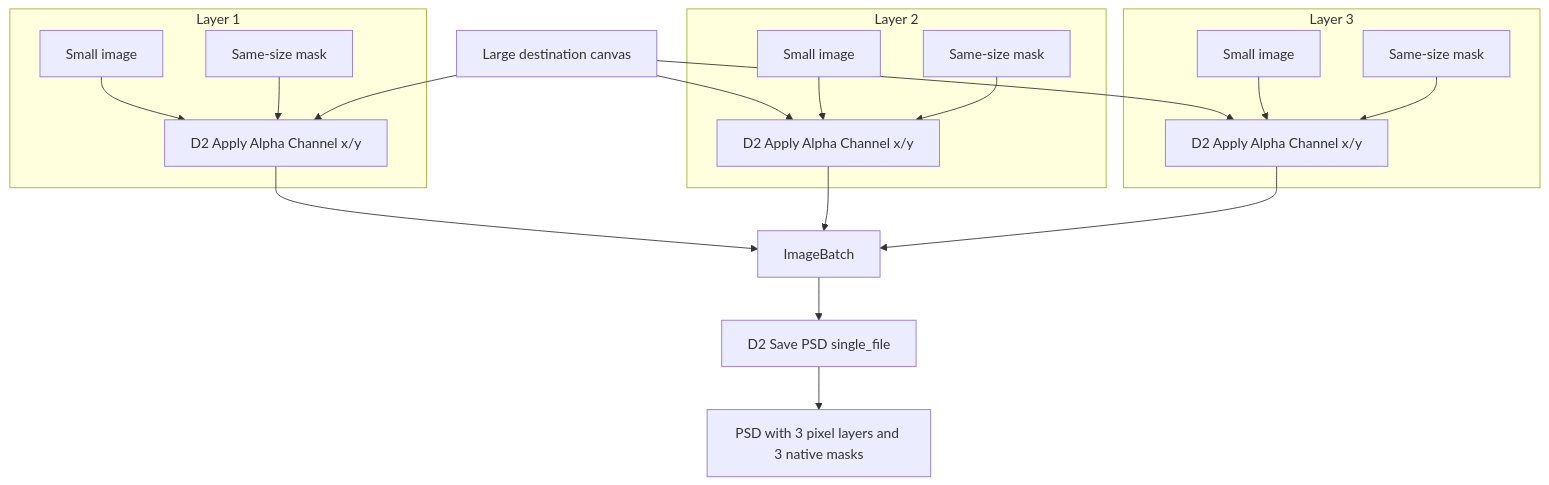
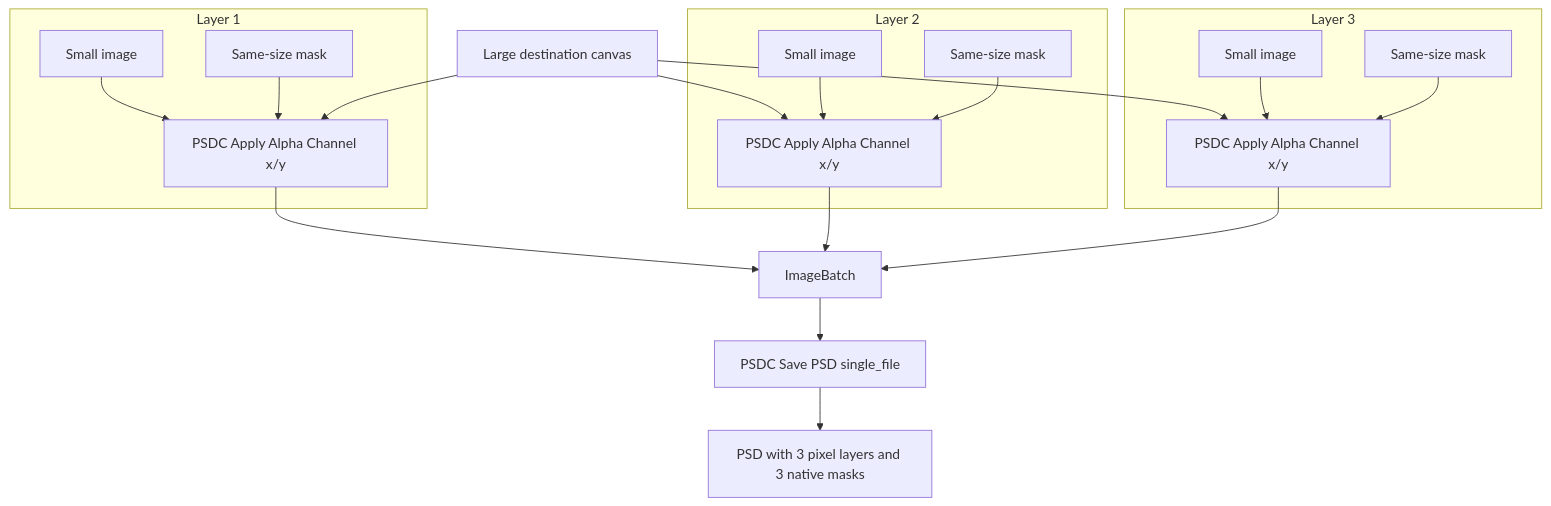
One commit to glaseagle/PSDC changed the third of 3 diagrams in README_en.md. Above: the diagram before and after it, drawn with Mermaid. The commit also changed other lines of this file and 5 other files, not shown here.

````diff
--- a/README_en.md
+++ b/README_en.md
@@ -174,23 +177,23 @@
 ```mermaid
 flowchart TB
     subgraph L1["Layer 1"]
-        I1["Small image"] --> A1["D2 Apply Alpha Channel x/y"]
+        I1["Small image"] --> A1["PSDC Apply Alpha Channel x/y"]
         M1["Same-size mask"] --> A1
     end
     subgraph L2["Layer 2"]
-        I2["Small image"] --> A2["D2 Apply Alpha Channel x/y"]
+        I2["Small image"] --> A2["PSDC Apply Alpha Channel x/y"]
         M2["Same-size mask"] --> A2
     end
     subgraph L3["Layer 3"]
-        I3["Small image"] --> A3["D2 Apply Alpha Channel x/y"]
+        I3["Small image"] --> A3["PSDC Apply Alpha Channel x/y"]
         M3["Same-size mask"] --> A3
     end
     C["Large destination canvas"] --> A1
     C --> A2
     C --> A3
     A1 --> B["ImageBatch"]
     A2 --> B
     A3 --> B
-    B --> S["D2 Save PSD single_file"]
+    B --> S["PSDC Save PSD single_file"]
     S --> P["PSD with 3 pixel layers and 3 native masks"]
 ```
````
